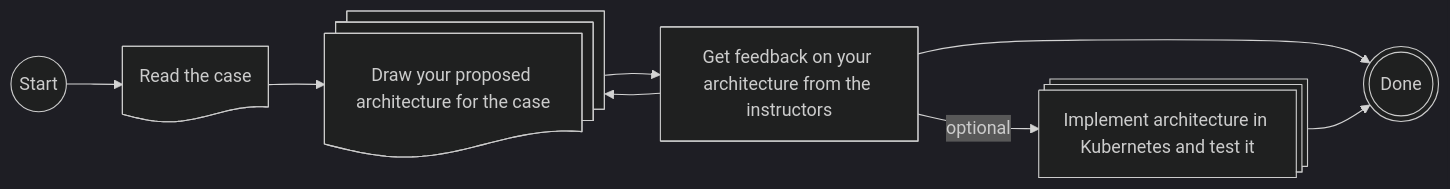
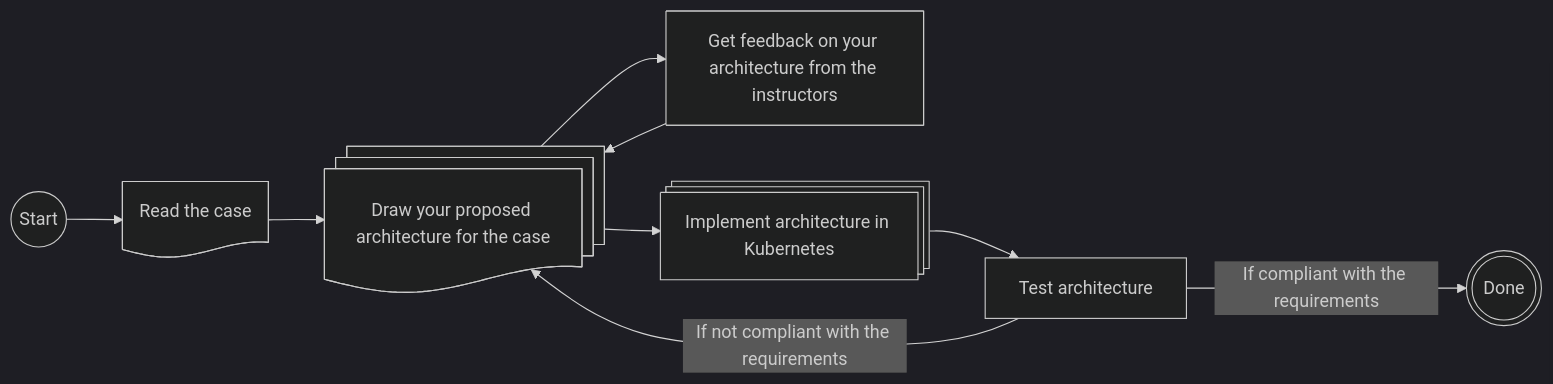
The diagram in lectures/02/README.md (JakobHviidBDDST/BigDataCourseExercises), drawn with Mermaid (dark theme) before and after one commit. The commit also changed other lines of this file and 60 other files, not shown here.

````diff
--- a/lectures/02/README.md
+++ b/lectures/02/README.md
@@ -19,14 +13,18 @@
 ```mermaid
 flowchart LR
     start@{ shape: circle, label: "Start" }
     case@{ shape: doc, label: "Read the case" }
     arch@{ shape: docs, label: "Draw your proposed architecture for the case" }
     feedback@{ shape: note, label: "Get feedback on your architecture from the instructors" }
-    impl@{ shape: processes, label: "Implement architecture in Kubernetes and test it" }
+    impl@{ shape: processes, label: "Implement architecture in Kubernetes" }
+    test@{ shape: process, label: "Test architecture" }
+
     stop@{ shape: dbl-circ, label: "Done" }
 
-    start-->case-->arch-->feedback-->stop
 
-    feedback-->arch
-    feedback-->|"optional"|impl-->stop
+    start-->case-->arch-->impl-->test
+    arch-->feedback-->arch
+
+    test-->|"If not compliant with the requirements"|arch
+    test-->|"If compliant with the requirements"|stop
 ```
````
